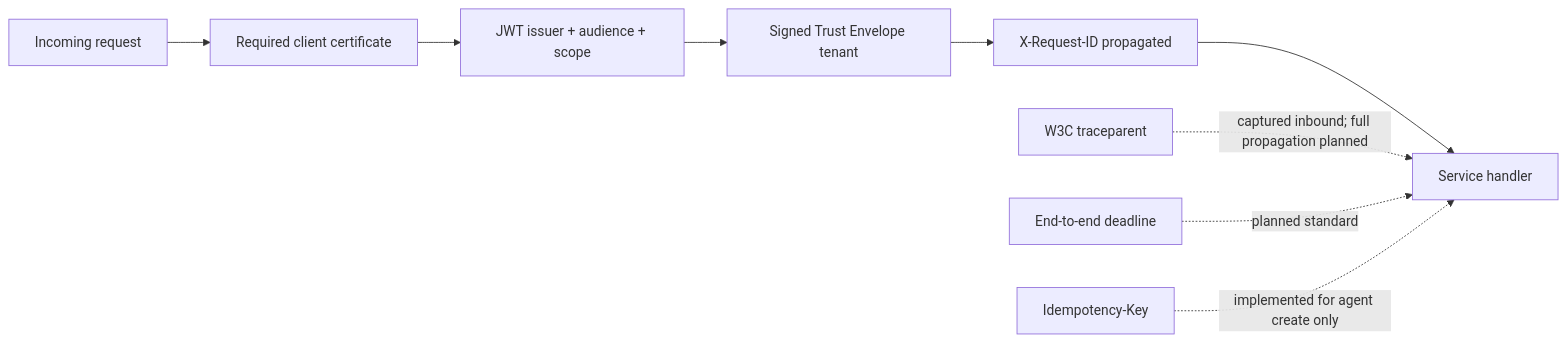
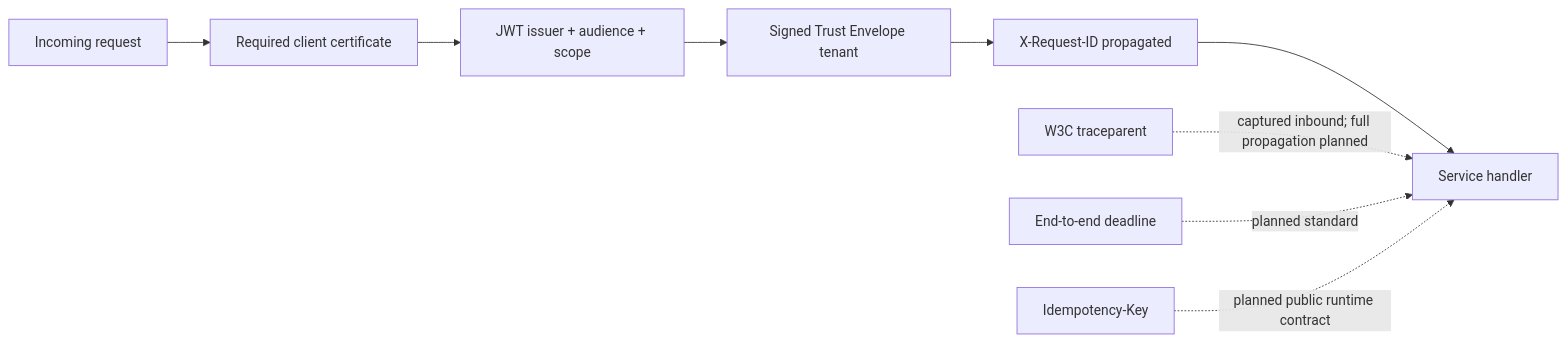
The diagram in docs/design/high-level/10-overall/03-api-integration-standards.md (diaryfolio/aiops-fabric-docs), drawn with Mermaid before and after one commit. The commit also changed other lines of this file and 57 other files, not shown here.

````diff
--- a/docs/design/high-level/10-overall/03-api-integration-standards.md
+++ b/docs/design/high-level/10-overall/03-api-integration-standards.md
@@ -41,11 +40,11 @@
 ```mermaid
 flowchart LR
     Request["Incoming request"] --> TLS["Required client certificate"]
     TLS --> Token["JWT issuer + audience + scope"]
     Token --> Envelope["Signed Trust Envelope tenant"]
     Envelope --> RequestID["X-Request-ID propagated"]
     RequestID --> Handler["Service handler"]
     Trace["W3C traceparent"] -. "captured inbound; full propagation planned" .-> Handler
     Deadline["End-to-end deadline"] -. "planned standard" .-> Handler
-    Idempotency["Idempotency-Key"] -. "implemented for agent create only" .-> Handler
+    Idempotency["Idempotency-Key"] -. "planned public runtime contract" .-> Handler
 ```
````
